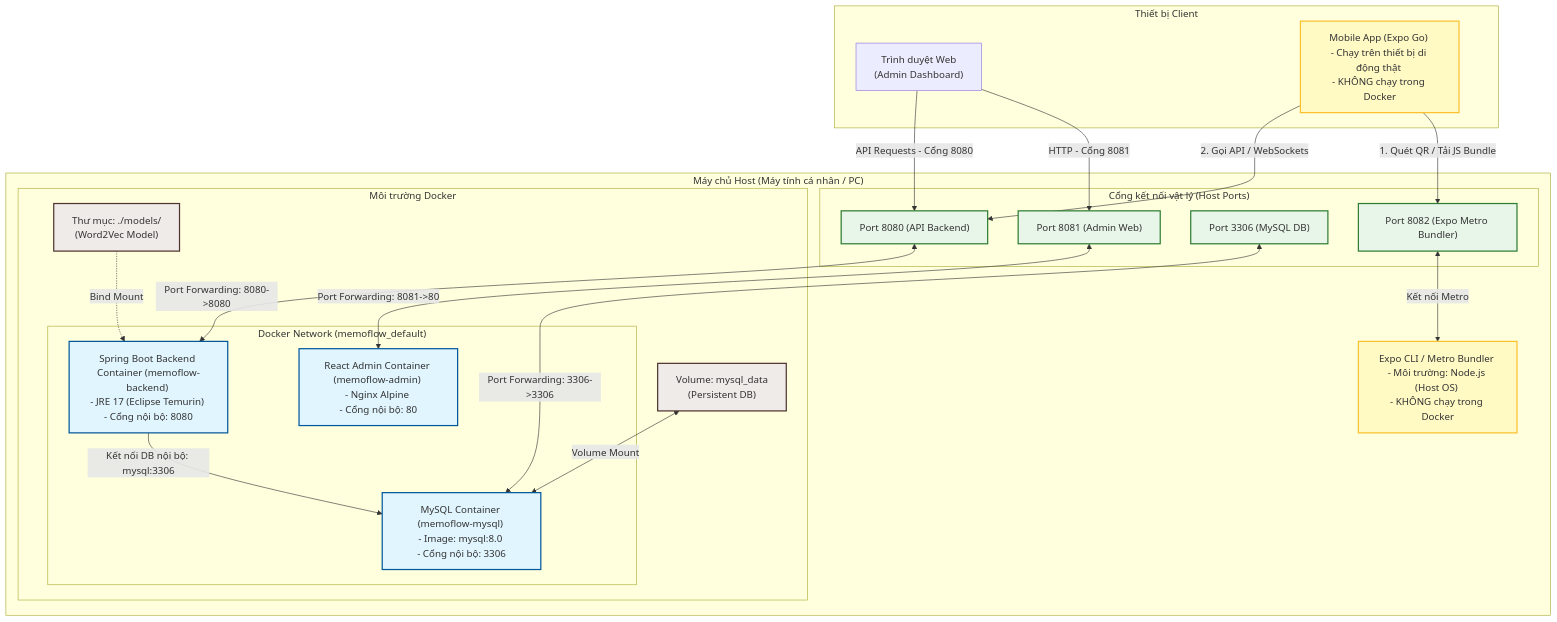
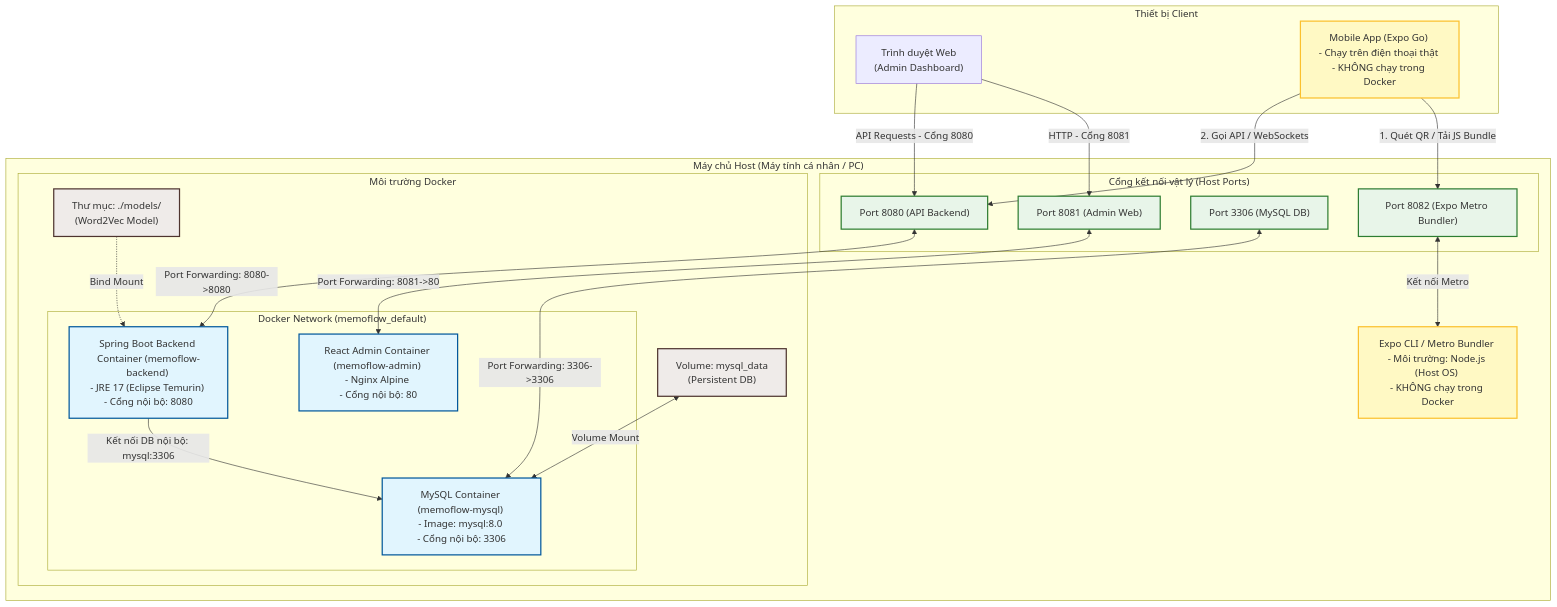
Before and after one commit to ImTruong/Memoflow: the diagram in chap4.md, drawn with Mermaid. The commit also changed other lines of this file, not shown here.

````diff
--- a/chap4.md
+++ b/chap4.md
@@ -7,55 +7,55 @@
 ```mermaid
 flowchart TD
     subgraph ClientHost["Thiết bị Client"]
         Browser["Trình duyệt Web \n(Admin Dashboard)"]
-        MobileApp["Mobile App (Expo Go) \n- Chạy trên thiết bị di động thật \n- KHÔNG chạy trong Docker"]
+        MobileApp["Mobile App (Expo Go) \n- Chạy trên điện thoại thật \n- KHÔNG chạy trong Docker"]
     end
 
     subgraph HostMachine["Máy chủ Host (Máy tính cá nhân / PC)"]
         subgraph Ports["Cổng kết nối vật lý (Host Ports)"]
             HostPort8081["Port 8081 (Admin Web)"]
             HostPort8080["Port 8080 (API Backend)"]
             HostPort3306["Port 3306 (MySQL DB)"]
             HostPort8082["Port 8082 (Expo Metro Bundler)"]
         end
 
         subgraph DockerHost["Môi trường Docker"]
             subgraph DockerNet["Docker Network (memoflow_default)"]
                 MySQL["MySQL Container (memoflow-mysql) \n- Image: mysql:8.0 \n- Cổng nội bộ: 3306"]
                 Backend["Spring Boot Backend Container (memoflow-backend) \n- JRE 17 (Eclipse Temurin) \n- Cổng nội bộ: 8080"]
                 Admin["React Admin Container (memoflow-admin) \n- Nginx Alpine \n- Cổng nội bộ: 80"]
             end
             
             DBVolume["Volume: mysql_data \n(Persistent DB)"] <-->|Volume Mount| MySQL
             ModelDir["Thư mục: ./models/ \n(Word2Vec Model)"] -.->|Bind Mount| Backend
         end
 
         ExpoProcess["Expo CLI / Metro Bundler \n- Môi trường: Node.js (Host OS) \n- KHÔNG chạy trong Docker"]
     end
 
     %% Client kết nối tới cổng vật lý
     Browser -->|HTTP - Cổng 8081| HostPort8081
     Browser -->|API Requests - Cổng 8080| HostPort8080
     
     MobileApp -->|1. Quét QR / Tải JS Bundle| HostPort8082
     MobileApp -->|2. Gọi API / WebSockets| HostPort8080
 
     %% Cổng vật lý định tuyến vào Container/Process
     HostPort8081 <-->|Port Forwarding: 8081->80| Admin
     HostPort8080 <-->|Port Forwarding: 8080->8080| Backend
     HostPort3306 <-->|Port Forwarding: 3306->3306| MySQL
     HostPort8082 <-->|Kết nối Metro| ExpoProcess
 
     %% Liên kết Network nội bộ của Docker
     Backend -->|Kết nối DB nội bộ: mysql:3306| MySQL
 
     classDef container fill:#e1f5fe,stroke:#01579b,stroke-width:2px;
     classDef volume fill:#efebe9,stroke:#4e342e,stroke-width:2px;
     classDef port fill:#e8f5e9,stroke:#2e7d32,stroke-width:2px;
     classDef native fill:#fff9c4,stroke:#fbc02d,stroke-width:2px;
     
     class MySQL,Backend,Admin container;
     class DBVolume,ModelDir volume;
     class HostPort8080,HostPort8081,HostPort3306,HostPort8082 port;
     class ExpoProcess,MobileApp native;
 ```
````
